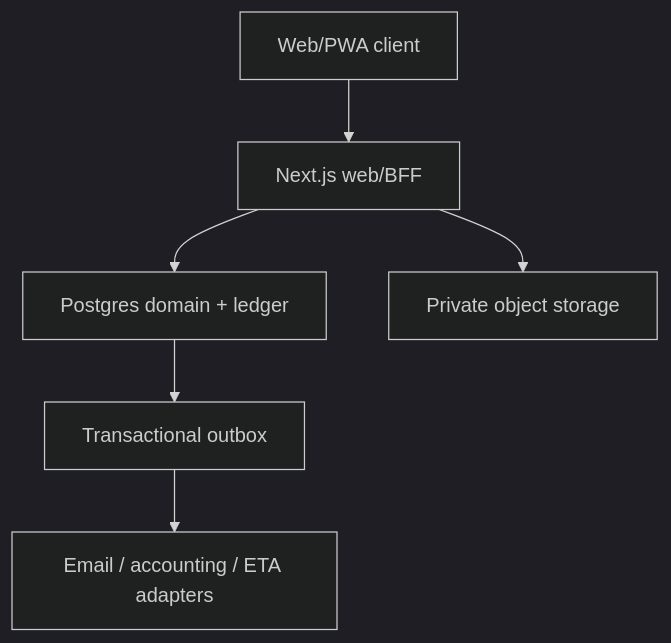
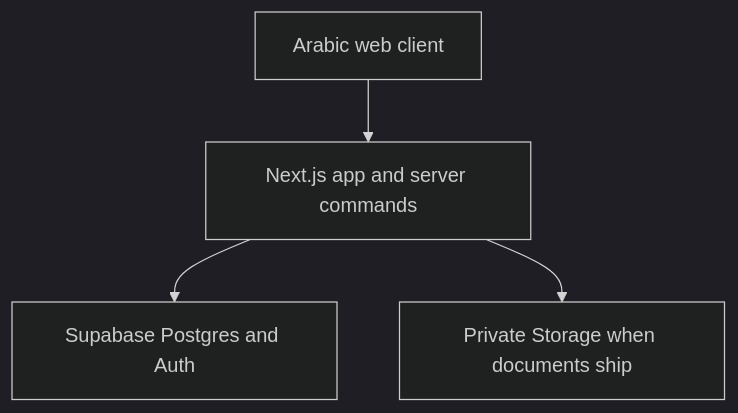
One commit to mohamedmasoud3030-tech/Terranex changed the diagram in docs/greenfield/06_SYSTEM_ARCHITECTURE_AND_SECURITY.md. Above: the diagram before and after it, drawn with Mermaid (dark theme). The commit also changed other lines of this file, not shown here.

Commit message:
docs: simplify executable system architecture

````diff
--- a/docs/greenfield/06_SYSTEM_ARCHITECTURE_AND_SECURITY.md
+++ b/docs/greenfield/06_SYSTEM_ARCHITECTURE_AND_SECURITY.md
@@ -10,8 +10,6 @@
 ```mermaid
 flowchart TD
-  U["Web/PWA client"] --> W["Next.js web/BFF"]
-  W --> D["Postgres domain + ledger"]
-  W --> S["Private object storage"]
-  D --> O["Transactional outbox"]
-  O --> X["Email / accounting / ETA adapters"]
+  U["Arabic web client"] --> N["Next.js app and server commands"]
+  N --> P["Supabase Postgres and Auth"]
+  N --> S["Private Storage when documents ship"]
 ```
````
